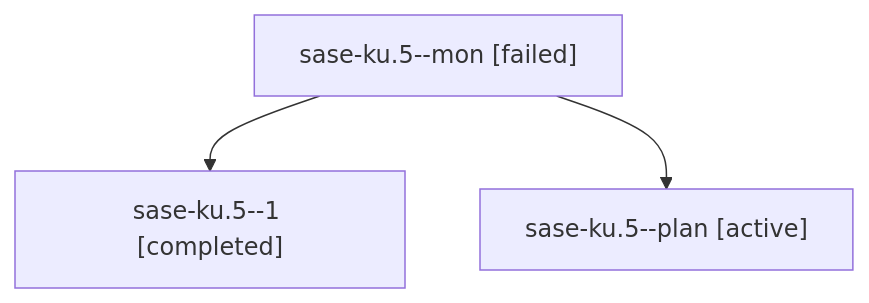
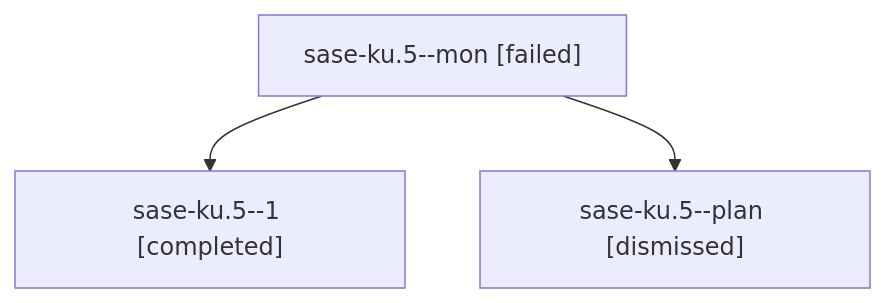
Before and after one commit to sase-org/sase--agents: the diagram in sessions/bbugyi200.athena.sase-ku.5.md, drawn with Mermaid. The commit also changed other lines of this file and 142 other files, not shown here.

````diff
--- a/sessions/bbugyi200.athena.sase-ku.5.md
+++ b/sessions/bbugyi200.athena.sase-ku.5.md
@@ -9,8 +9,8 @@
 ```mermaid
 flowchart TD
   n0["sase-ku.5--mon [failed]"]
   n1["sase-ku.5--1 [completed]"]
   n0 --> n1
-  n2["sase-ku.5--plan [active]"]
+  n2["sase-ku.5--plan [dismissed]"]
   n0 --> n2
 ```
````
